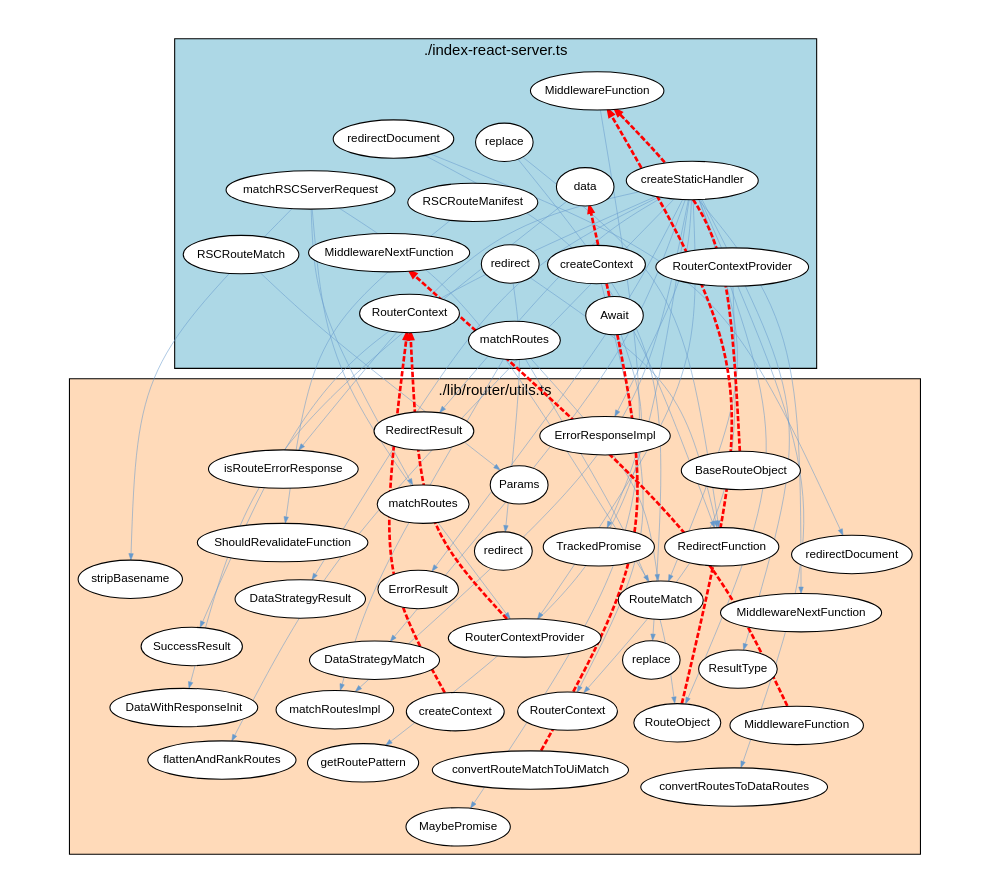
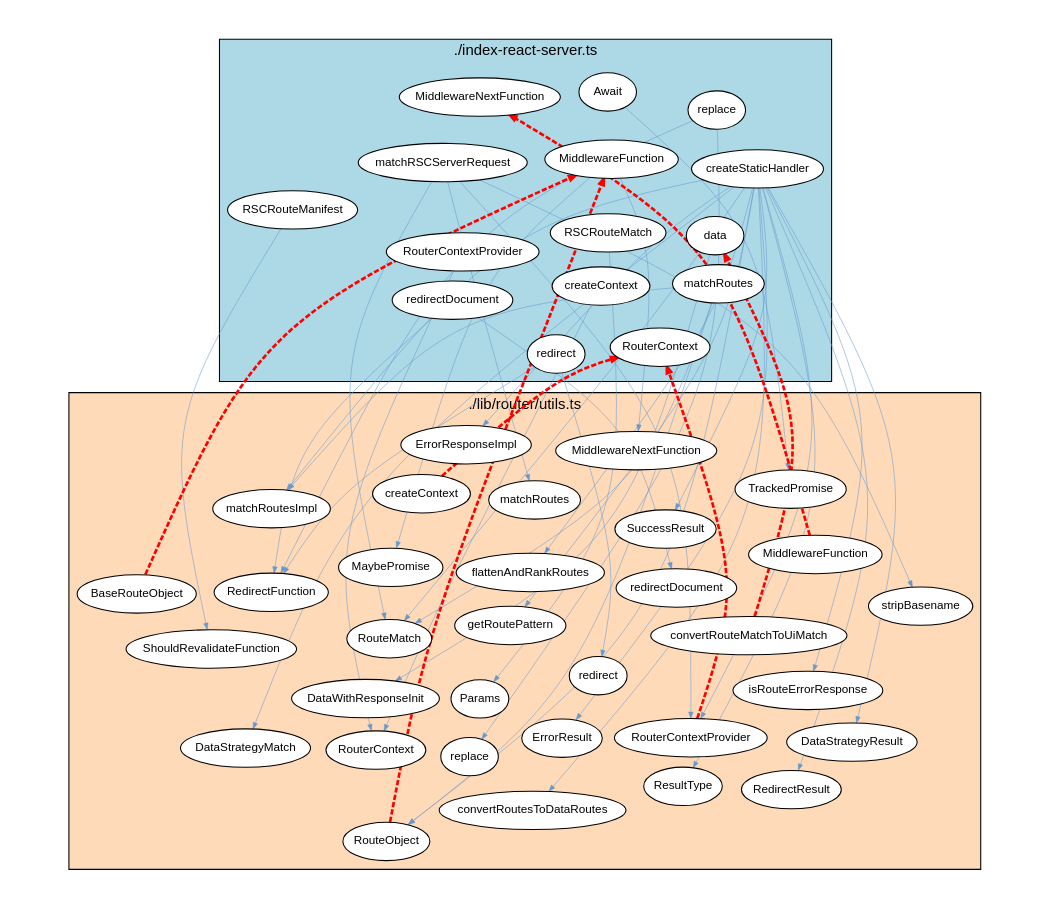
One commit to JohT/code-graph-analysis-examples changed the diagram in analysis-results/react-router/latest/cyclic-dependencies/Typescript_Module/Graph_Visualizations/graphviz/TypescriptModuleCyclicDependencies3.gv. Above: the diagram before and after it, drawn with Graphviz. The commit also changed other lines of this file and 515 other files, not shown here.

```diff
--- a/analysis-results/react-router/latest/cyclic-dependencies/Typescript_Module/Graph_Visualizations/graphviz/TypescriptModuleCyclicDependencies3.gv
+++ b/analysis-results/react-router/latest/cyclic-dependencies/Typescript_Module/Graph_Visualizations/graphviz/TypescriptModuleCyclicDependencies3.gv
@@ -1,109 +1,109 @@
 strict digraph cycle {
     graph [layout = "fdp"; start = "7"; splines = "curved"; pad = "0.8,0.4"; outputorder = "edgesfirst";];
     graph [fontname = "Helvetica,Arial,sans-serif"; labelloc = "t";];
     node [fontname = "Helvetica,Arial,sans-serif"; style = "filled"; fillcolor = "white";];
     node [fontsize = 11; margin = "0.05,0.05";];
     edge [fontsize = 9; arrowsize = "0.6";];
 
     subgraph cluster_package {
         label="./index-react-server.ts";
         style="filled";
         fillcolor="lightblue";
+        "RSCRouteMatch";
         "replace_pkg" [label="replace"];
-        "RSCRouteMatch";
         "MiddlewareFunction_pkg" [label="MiddlewareFunction"];
         "redirect_pkg" [label="redirect"];
         "RouterContext_pkg" [label="RouterContext"];
         "createStaticHandler";
         "MiddlewareNextFunction_pkg" [label="MiddlewareNextFunction"];
         "matchRSCServerRequest";
         "Await";
         "RouterContextProvider_pkg" [label="RouterContextProvider"];
         "data";
         "matchRoutes_pkg" [label="matchRoutes"];
+        "redirectDocument_pkg" [label="redirectDocument"];
         "createContext_pkg" [label="createContext"];
-        "redirectDocument_pkg" [label="redirectDocument"];
         "RSCRouteManifest";
     }
 
     subgraph cluster_dependent {
         label="./lib/router/utils.ts";
         style="filled";
         fillcolor="peachpuff";
+        "flattenAndRankRoutes";
+        "RedirectResult";
         "stripBasename";
-        "flattenAndRankRoutes";
         "replace_dep" [label="replace"];
-        "RedirectResult";
         "MiddlewareFunction_dep" [label="MiddlewareFunction"];
+        "getRoutePattern";
         "convertRoutesToDataRoutes";
-        "getRoutePattern";
+        "ErrorResult";
+        "RedirectFunction";
+        "ErrorResponseImpl";
         "TrackedPromise";
-        "ErrorResponseImpl";
-        "RedirectFunction";
-        "ErrorResult";
+        "redirect_dep" [label="redirect"];
         "DataWithResponseInit";
+        "isRouteErrorResponse";
+        "matchRoutesImpl";
         "RouterContext_dep" [label="RouterContext"];
-        "isRouteErrorResponse";
-        "redirect_dep" [label="redirect"];
-        "matchRoutesImpl";
         "convertRouteMatchToUiMatch";
         "MiddlewareNextFunction_dep" [label="MiddlewareNextFunction"];
         "SuccessResult";
         "ShouldRevalidateFunction";
         "DataStrategyMatch";
         "ResultType";
         "RouterContextProvider_dep" [label="RouterContextProvider"];
         "matchRoutes_dep" [label="matchRoutes"];
         "RouteMatch";
         "BaseRouteObject";
         "redirectDocument_dep" [label="redirectDocument"];
         "createContext_dep" [label="createContext"];
+        "Params";
         "DataStrategyResult";
-        "Params";
         "MaybePromise";
         "RouteObject";
     }
 
     "createStaticHandler" -> "ErrorResponseImpl" [color="#6699CC"; penwidth="0.5"];
     "createStaticHandler" -> "RouterContextProvider_dep" [color="#6699CC"; penwidth="0.5"];
     "matchRSCServerRequest" -> "RouterContextProvider_dep" [color="#6699CC"; penwidth="0.5"];
     "replace_pkg" -> "replace_dep" [color="#6699CC"; penwidth="0.5"];
     "createStaticHandler" -> "flattenAndRankRoutes" [color="#6699CC"; penwidth="0.5"];
     "redirect_pkg" -> "redirect_dep" [color="#6699CC"; penwidth="0.5"];
     "matchRoutes_pkg" -> "RouteObject" [color="#6699CC"; penwidth="0.5"];
     "matchRSCServerRequest" -> "matchRoutes_dep" [color="#6699CC"; penwidth="0.5"];
     "createStaticHandler" -> "RedirectResult" [color="#6699CC"; penwidth="0.5"];
-    "createStaticHandler" -> "SuccessResult" [color="#6699CC"; penwidth="0.5"];
     "redirectDocument_pkg" -> "redirectDocument_dep" [color="#6699CC"; penwidth="0.5"];
     "matchRSCServerRequest" -> "RouteMatch" [color="#6699CC"; penwidth="0.5"];
+    "createStaticHandler" -> "SuccessResult" [color="#6699CC"; penwidth="0.5"];
+    "RSCRouteManifest" -> "ShouldRevalidateFunction" [color="#6699CC"; penwidth="0.5"];
+    "createStaticHandler" -> "isRouteErrorResponse" [color="#6699CC"; penwidth="0.5"];
+    "createStaticHandler" -> "DataStrategyMatch" [color="#6699CC"; penwidth="0.5"];
     "RouterContextProvider_pkg" -> "RouterContext_dep" [color="#6699CC"; penwidth="0.5"];
-    "createStaticHandler" -> "isRouteErrorResponse" [color="#6699CC"; penwidth="0.5"];
-    "RSCRouteManifest" -> "ShouldRevalidateFunction" [color="#6699CC"; penwidth="0.5"];
-    "createStaticHandler" -> "DataStrategyMatch" [color="#6699CC"; penwidth="0.5"];
+    "RSCRouteMatch" -> "Params" [color="#6699CC"; penwidth="0.5"];
     "createStaticHandler" -> "convertRoutesToDataRoutes" [color="#6699CC"; penwidth="0.5"];
+    "matchRoutes_pkg" -> "RouteMatch" [color="#6699CC"; penwidth="0.5"];
     "createContext_pkg" -> "RouterContext_dep" [color="#6699CC"; penwidth="0.5"];
-    "RSCRouteMatch" -> "Params" [color="#6699CC"; penwidth="0.5"];
-    "matchRoutes_pkg" -> "RouteMatch" [color="#6699CC"; penwidth="0.5"];
+    "createStaticHandler" -> "ResultType" [color="#6699CC"; penwidth="0.5"];
     "Await" -> "TrackedPromise" [color="#6699CC"; penwidth="0.5"];
-    "createStaticHandler" -> "ResultType" [color="#6699CC"; penwidth="0.5"];
-    "matchRSCServerRequest" -> "stripBasename" [color="#6699CC"; penwidth="0.5"];
     "replace_pkg" -> "RedirectFunction" [color="#6699CC"; penwidth="0.5"];
     "createStaticHandler" -> "RouteMatch" [color="#6699CC"; penwidth="0.5"];
+    "matchRSCServerRequest" -> "stripBasename" [color="#6699CC"; penwidth="0.5"];
     "redirectDocument_pkg" -> "RedirectFunction" [color="#6699CC"; penwidth="0.5"];
     "matchRoutes_pkg" -> "matchRoutesImpl" [color="#6699CC"; penwidth="0.5"];
     "data" -> "DataWithResponseInit" [color="#6699CC"; penwidth="0.5"];
     "createStaticHandler" -> "RouteObject" [color="#6699CC"; penwidth="0.5"];
+    "createStaticHandler" -> "getRoutePattern" [color="#6699CC"; penwidth="0.5"];
     "redirect_pkg" -> "RedirectFunction" [color="#6699CC"; penwidth="0.5"];
-    "createStaticHandler" -> "getRoutePattern" [color="#6699CC"; penwidth="0.5"];
     "MiddlewareFunction_pkg" -> "MaybePromise" [color="#6699CC"; penwidth="0.5"];
     "MiddlewareFunction_pkg" -> "MiddlewareNextFunction_dep" [color="#6699CC"; penwidth="0.5"];
     "createStaticHandler" -> "DataStrategyResult" [color="#6699CC"; penwidth="0.5"];
+    "createStaticHandler" -> "ErrorResult" [color="#6699CC"; penwidth="0.5"];
     "createStaticHandler" -> "matchRoutesImpl" [color="#6699CC"; penwidth="0.5"];
-    "createStaticHandler" -> "ErrorResult" [color="#6699CC"; penwidth="0.5"];
     "RouteObject" -> "MiddlewareFunction_pkg" [color="red"; penwidth="2.5"; style="dashed";];
     "RouterContextProvider_dep" -> "RouterContext_pkg" [color="red"; penwidth="2.5"; style="dashed";];
     "createContext_dep" -> "RouterContext_pkg" [color="red"; penwidth="2.5"; style="dashed";];
     "BaseRouteObject" -> "MiddlewareFunction_pkg" [color="red"; penwidth="2.5"; style="dashed";];
     "convertRouteMatchToUiMatch" -> "data" [color="red"; penwidth="2.5"; style="dashed";];
     "MiddlewareFunction_dep" -> "MiddlewareNextFunction_pkg" [color="red"; penwidth="2.5"; style="dashed";];
 }
```
